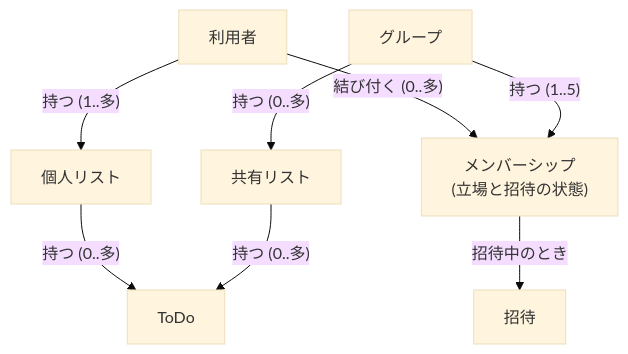
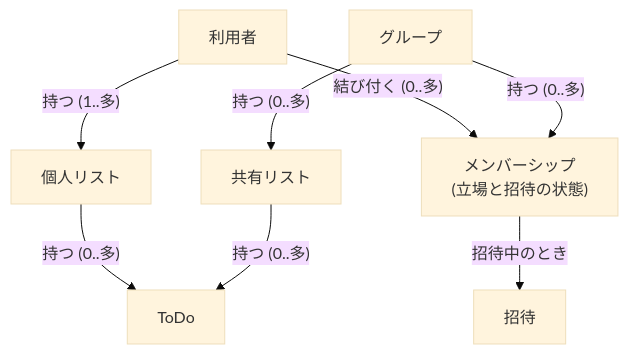
Before and after one commit to nagiyu/nagiyu-platform: the diagram in docs/services/share-together/requirements/domain-model.md, drawn with Mermaid (base theme). The commit also changed other lines of this file and 11 other files, not shown here.

````diff
--- a/docs/services/share-together/requirements/domain-model.md
+++ b/docs/services/share-together/requirements/domain-model.md
@@ -23,17 +23,17 @@
 ```mermaid
 flowchart TD
     user[利用者]
     personal[個人リスト]
     group[グループ]
     membership["メンバーシップ<br/>(立場と招待の状態)"]
     invitation[招待]
     shared[共有リスト]
     todo[ToDo]
     user -- "持つ (1..多)" --> personal
     user -- "結び付く (0..多)" --> membership
-    group -- "持つ (1..5)" --> membership
+    group -- "持つ (0..多)" --> membership
     membership -- "招待中のとき" --> invitation
     group -- "持つ (0..多)" --> shared
     personal -- "持つ (0..多)" --> todo
     shared -- "持つ (0..多)" --> todo
 ```
````
